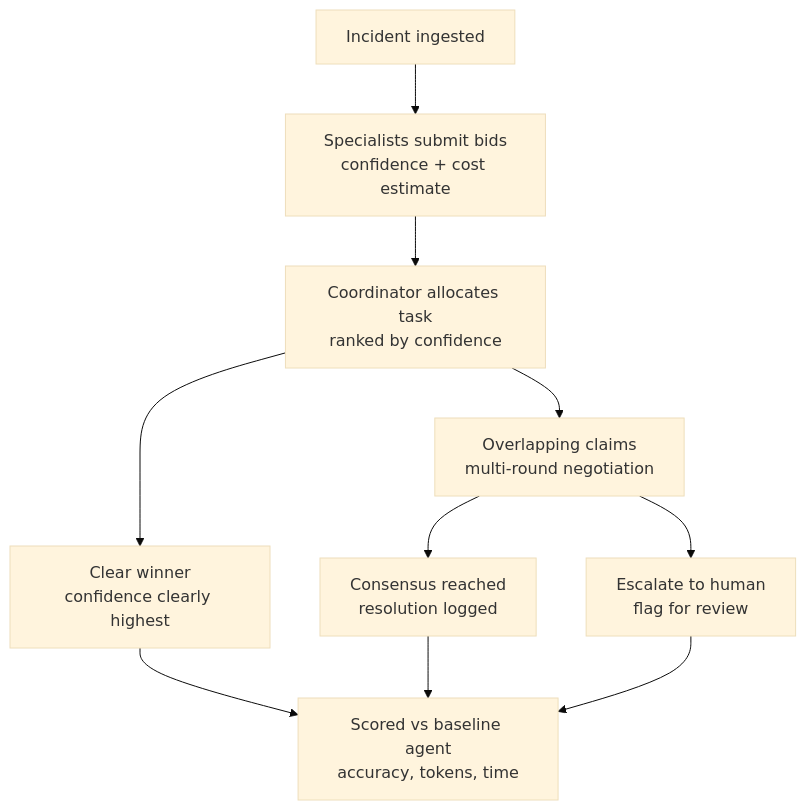
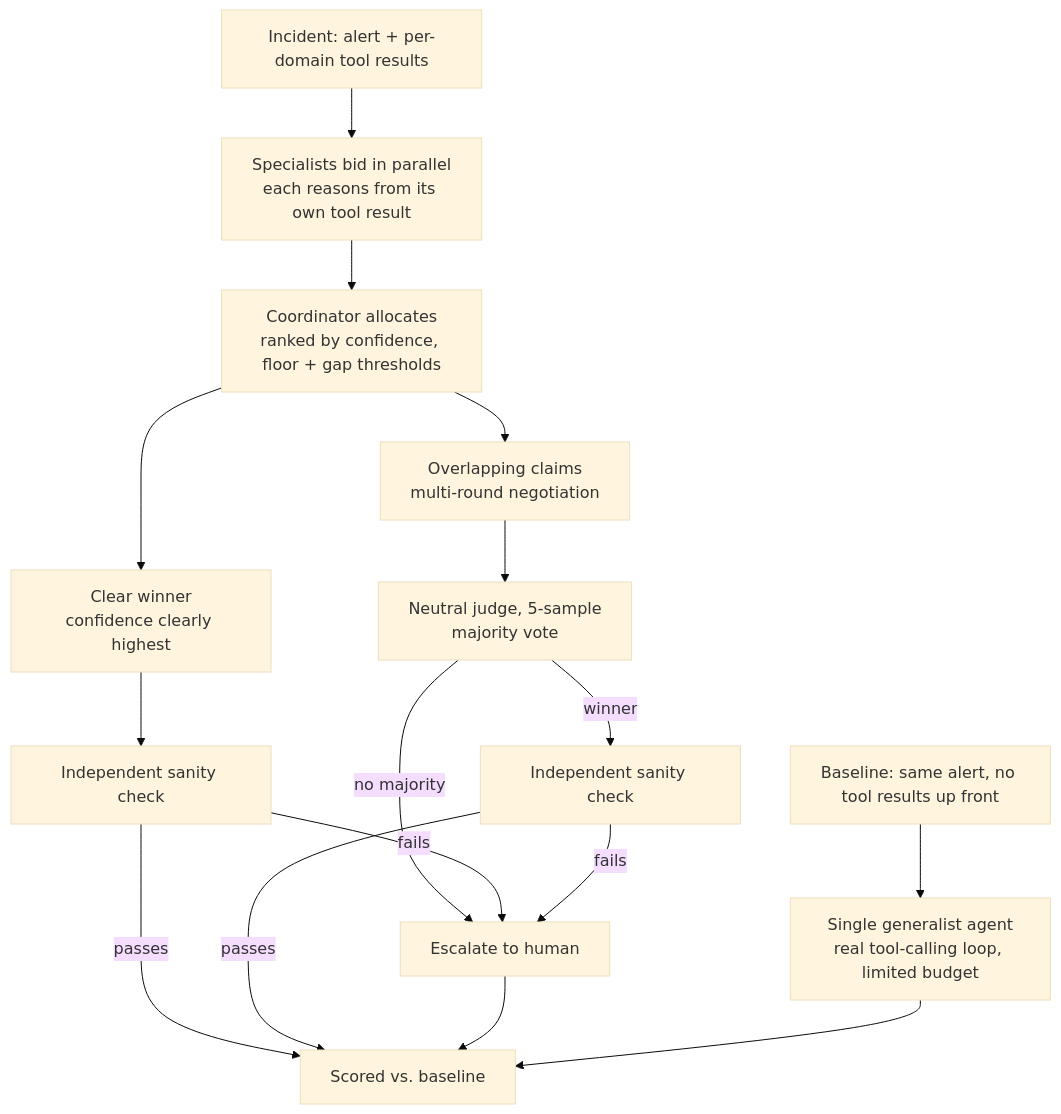
The diagram in README.md (panam-dodia/incident-war-room), drawn with Mermaid (base theme) before and after one commit. The commit also changed other lines of this file and 13 other files, not shown here.

````diff
--- a/README.md
+++ b/README.md
@@ -33,12 +54,18 @@
 ```mermaid
 flowchart TD
-    A[Incident ingested] --> B[Specialists submit bids\nconfidence + cost estimate]
-    B --> C[Coordinator allocates task\nranked by confidence]
+    A[Incident: alert + per-domain tool results] --> B[Specialists bid in parallel\neach reasons from its own tool result]
+    B --> C[Coordinator allocates\nranked by confidence, floor + gap thresholds]
     C --> D[Clear winner\nconfidence clearly highest]
     C --> E[Overlapping claims\nmulti-round negotiation]
-    E --> F[Consensus reached\nresolution logged]
-    E --> G[Escalate to human\nflag for review]
-    D --> H[Scored vs baseline agent\naccuracy, tokens, time]
-    F --> H
+    D --> S1[Independent sanity check]
+    E --> F[Neutral judge, 5-sample\nmajority vote]
+    F -->|winner| S2[Independent sanity check]
+    F -->|no majority| G[Escalate to human]
+    S1 -->|fails| G
+    S2 -->|fails| G
+    S1 -->|passes| H[Scored vs. baseline]
+    S2 -->|passes| H
     G --> H
+    I[Baseline: same alert, no tool results up front] --> J[Single generalist agent\nreal tool-calling loop, limited budget]
+    J --> H
 ```
````
